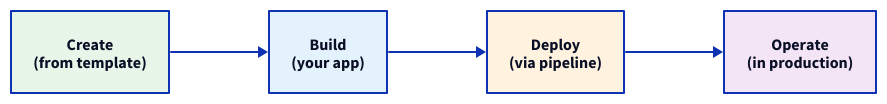
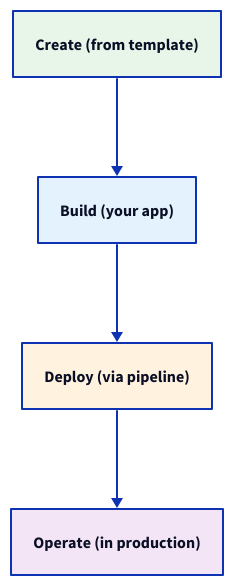
One commit to HemaEcom/developertrainings-golden-path-docs-experiment changed the second of 2 diagrams in src/content/docs/golden-path/overview.md. Above: the diagram before and after it, drawn with D2. The commit also changed other lines of this file and 117 other files, not shown here.

Commit message:
Iterate Golden Path docs: improve narrative, ordering, and diagrams across all sections

````diff
--- a/src/content/docs/golden-path/overview.md
+++ b/src/content/docs/golden-path/overview.md
@@ -148,25 +150,21 @@
 ```d2
-direction: right
+direction: down
 
-create: "Create\n(from template)" {
-  shape: rectangle
+create: "Create (from template)" {
   style.fill: "#E8F5E9"
 }
 
-build: "Build\n(your app)" {
-  shape: rectangle
+build: "Build (your app)" {
   style.fill: "#E3F2FD"
 }
 
-deploy: "Deploy\n(via pipeline)" {
-  shape: rectangle
+deploy: "Deploy (via pipeline)" {
   style.fill: "#FFF3E0"
 }
 
-operate: "Operate\n(in production)" {
-  shape: rectangle
+operate: "Operate (in production)" {
   style.fill: "#F3E5F5"
 }
 
 create -> build -> deploy -> operate
 ```
````
